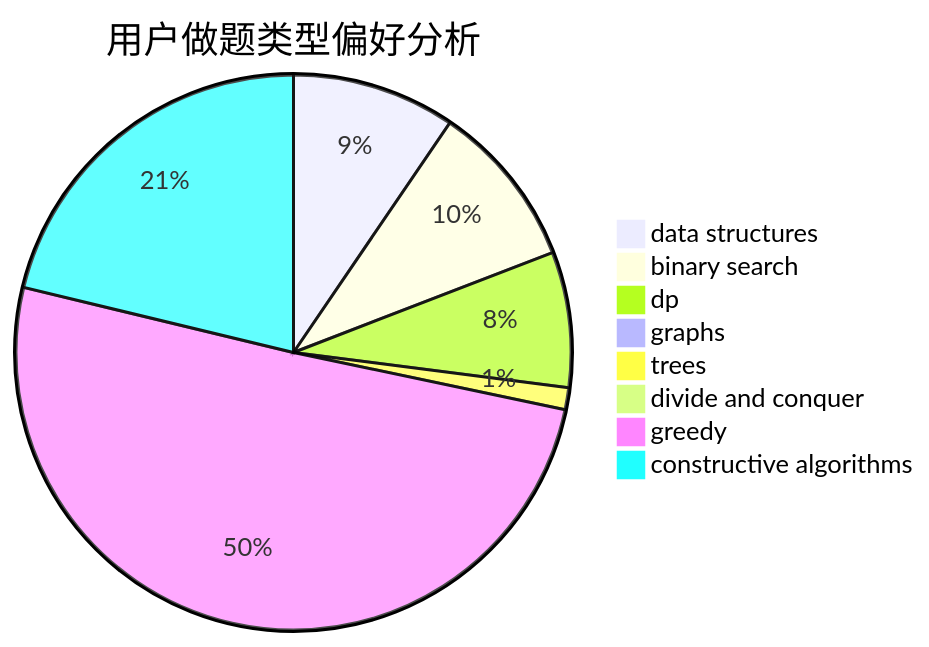
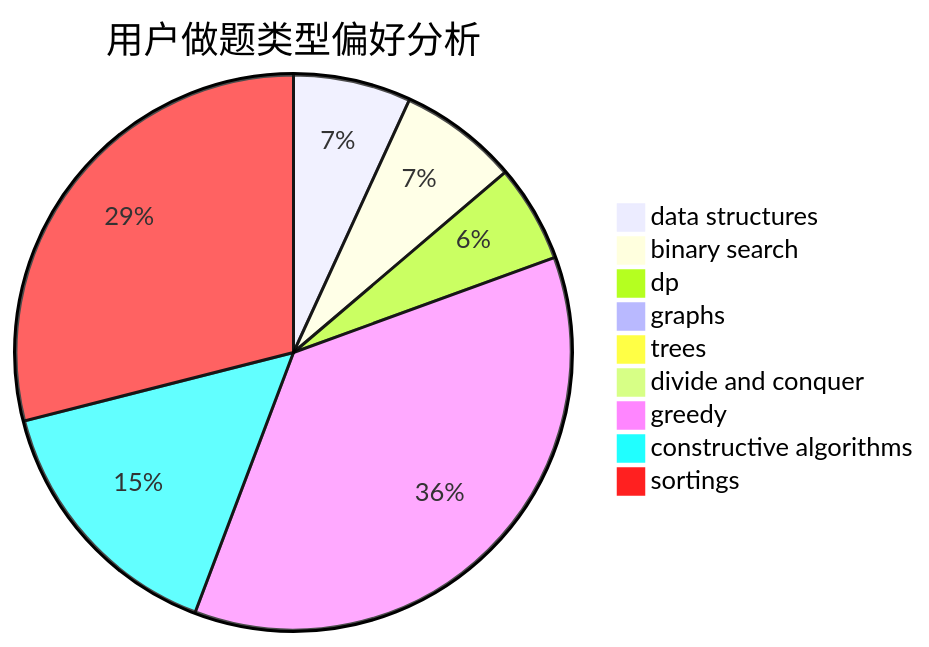
The second of 3 diagrams in docs/user/u682.md (sherpahu/cfrs.github.io), drawn with Mermaid before and after one commit. The commit also changed other lines of this file and 2769 other files, not shown here.

````diff
--- a/docs/user/u682.md
+++ b/docs/user/u682.md
@@ -23,11 +18,12 @@
 ```mermaid
 pie title 用户做题类型偏好分析
     "data structures" :  82
     "binary search" :  83
     "dp" :  68
     "graphs" :  5
     "trees" :  11
     "divide and conquer" :  0
     "greedy" :  435
     "constructive algorithms" :  183
+    "sortings" :  347
 ```
````
